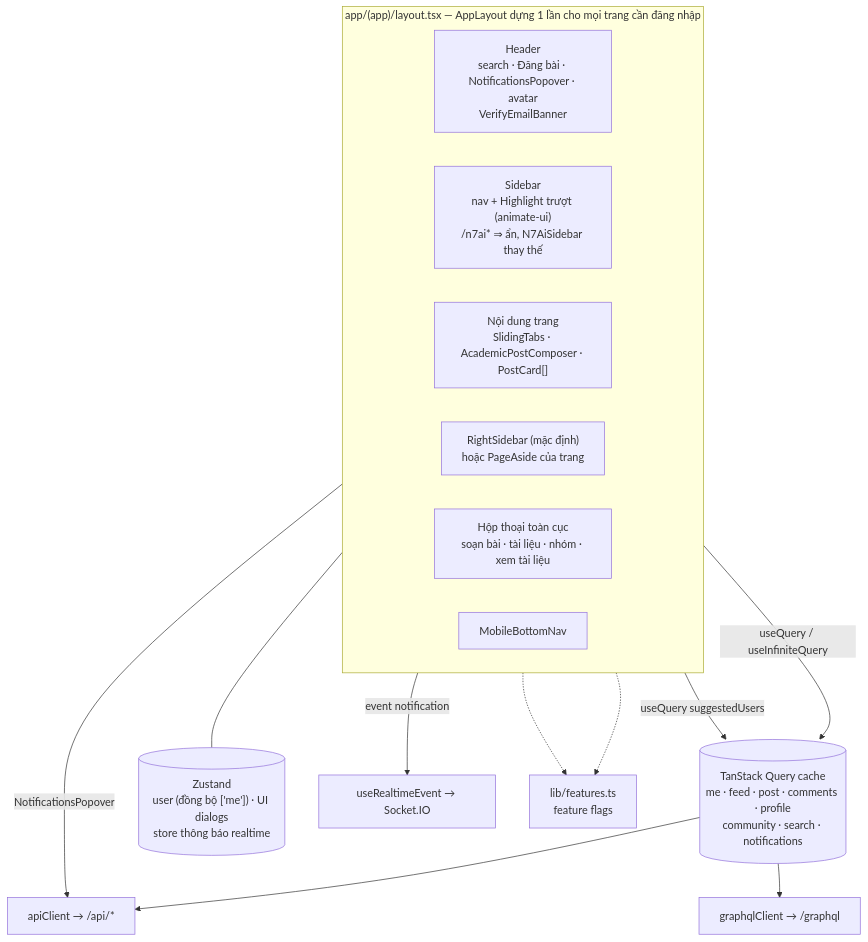
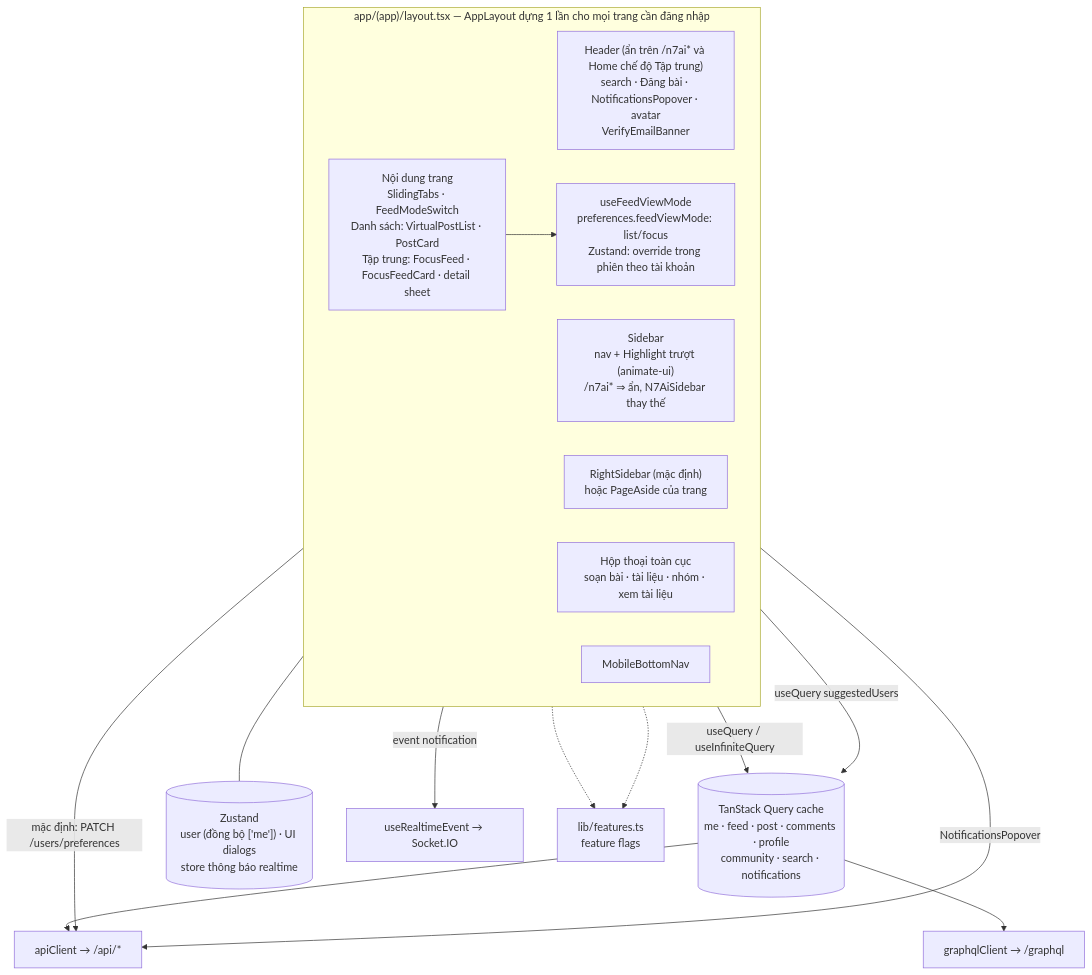
Before and after one commit to nhatcoi/pu-connect: the second of 2 diagrams in docs/diagrams/07-web-app.md, drawn with Mermaid. The commit also changed other lines of this file and 103 other files, not shown here.

````diff
--- a/docs/diagrams/07-web-app.md
+++ b/docs/diagrams/07-web-app.md
@@ -74,28 +74,31 @@
 ```mermaid
 flowchart TB
   subgraph Shell["app/(app)/layout.tsx — AppLayout dựng 1 lần cho mọi trang cần đăng nhập"]
     direction LR
-    header["Header<br/>search · Đăng bài · NotificationsPopover · avatar<br/>VerifyEmailBanner"]
+    header["Header (ẩn trên /n7ai* và Home chế độ Tập trung)<br/>search · Đăng bài · NotificationsPopover · avatar<br/>VerifyEmailBanner"]
     sidebar["Sidebar<br/>nav + Highlight trượt (animate-ui)<br/>/n7ai* ⇒ ẩn, N7AiSidebar thay thế"]
-    main["Nội dung trang<br/>SlidingTabs · AcademicPostComposer · PostCard[]"]
+    main["Nội dung trang<br/>SlidingTabs · FeedModeSwitch<br/>Danh sách: VirtualPostList · PostCard<br/>Tập trung: FocusFeed · FocusFeedCard · detail sheet"]
+    feedmode["useFeedViewMode<br/>preferences.feedViewMode: list/focus<br/>Zustand: override trong phiên theo tài khoản"]
     right["RightSidebar (mặc định)<br/>hoặc PageAside của trang"]
     dialogs["Hộp thoại toàn cục<br/>soạn bài · tài liệu · nhóm · xem tài liệu"]
     mnav["MobileBottomNav"]
   end
 
   rq[("TanStack Query cache<br/>me · feed · post · comments · profile<br/>community · search · notifications")]
   store[("Zustand<br/>user (đồng bộ ['me']) · UI dialogs<br/>store thông báo realtime")]
   rest["apiClient → /api/*"]
   gql["graphqlClient → /graphql"]
   rt["useRealtimeEvent → Socket.IO"]
   flags["lib/features.ts<br/>feature flags"]
 
   main -->|useQuery / useInfiniteQuery| rq
+  main --> feedmode
+  feedmode -->|mặc định: PATCH /users/preferences| rest
   right -->|useQuery suggestedUsers| rq
   rq --> rest & gql
   sidebar -.-> flags
   right -.-> flags
   header -->|NotificationsPopover| rest
   header -->|event notification| rt
   Shell --- store
 ```
````
